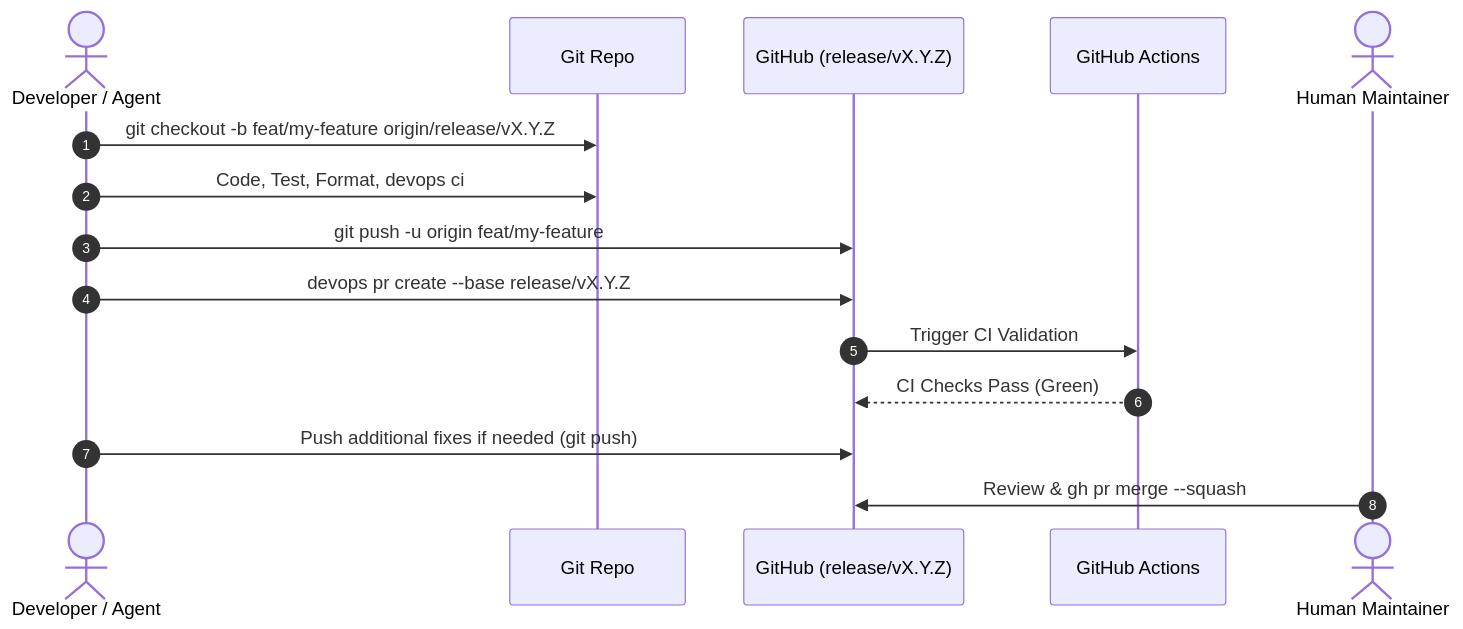
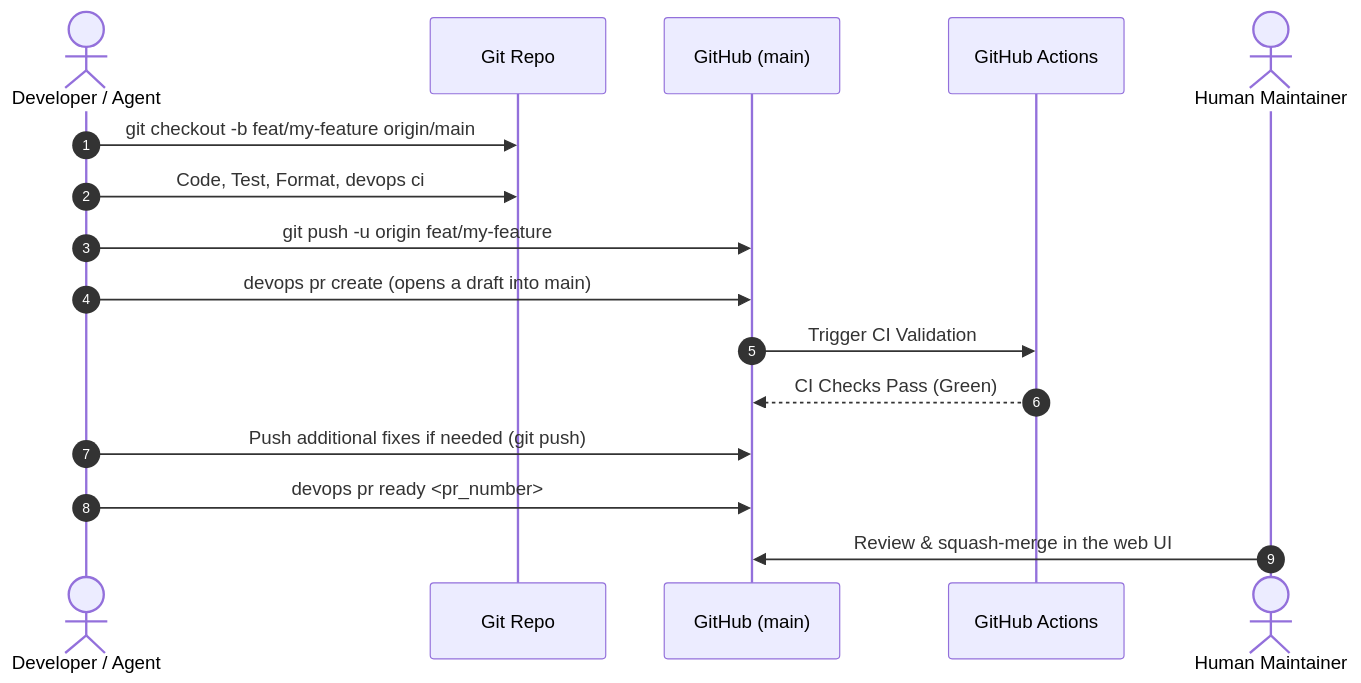
The second of 2 diagrams in docs/ROUTINE_TASKS.md (dan-petty/devops-cli), drawn with Mermaid before and after one commit. The commit also changed other lines of this file and 236 other files, not shown here.

First line of the commit message:
feat(release): release-please makes every release from main

````diff
--- a/docs/ROUTINE_TASKS.md
+++ b/docs/ROUTINE_TASKS.md
@@ -168,18 +162,19 @@
 ```mermaid
 sequenceDiagram
     autonumber
     actor Dev as Developer / Agent
     participant Git as Git Repo
-    participant Hub as GitHub (release/vX.Y.Z)
+    participant Hub as GitHub (main)
     participant CI as GitHub Actions
     actor Maintainer as Human Maintainer
 
-    Dev->>Git: git checkout -b feat/my-feature origin/release/vX.Y.Z
+    Dev->>Git: git checkout -b feat/my-feature origin/main
     Dev->>Git: Code, Test, Format, devops ci
     Dev->>Hub: git push -u origin feat/my-feature
-    Dev->>Hub: devops pr create --base release/vX.Y.Z
+    Dev->>Hub: devops pr create (opens a draft into main)
     Hub->>CI: Trigger CI Validation
     CI-->>Hub: CI Checks Pass (Green)
     Dev->>Hub: Push additional fixes if needed (git push)
-    Maintainer->>Hub: Review & gh pr merge --squash
+    Dev->>Hub: devops pr ready <pr_number>
+    Maintainer->>Hub: Review & squash-merge in the web UI
 ```
````
